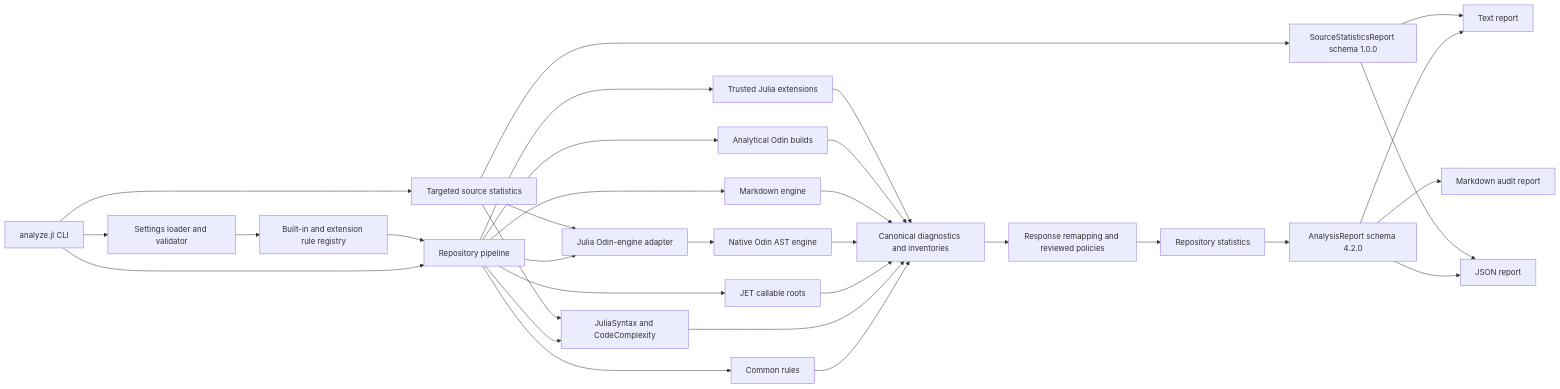
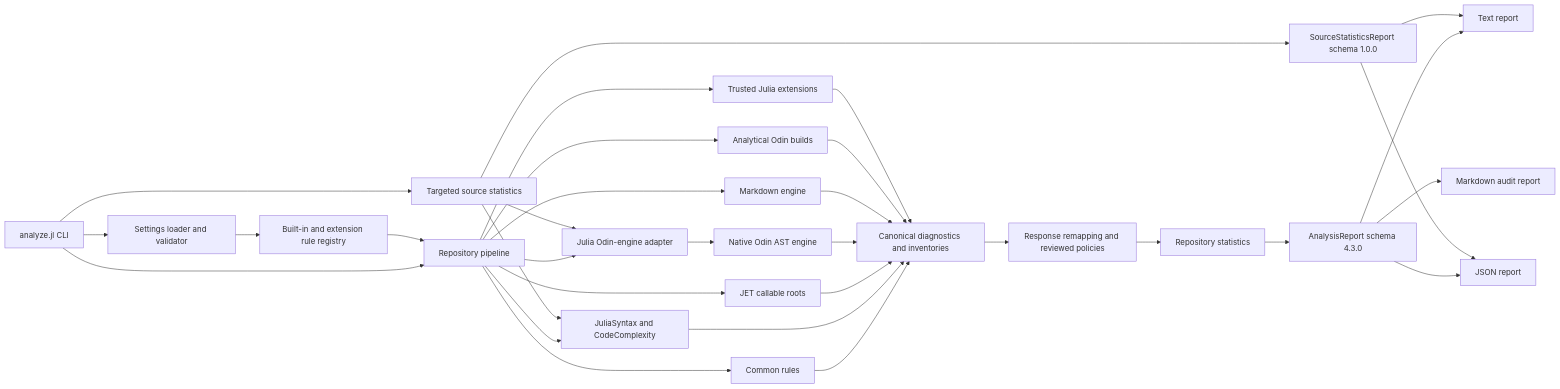
The first of 4 diagrams in README.md (derekshoneycutt/OdinJuliaAnalysis), drawn with Mermaid before and after one commit. The commit also changed other lines of this file and 20 other files, not shown here.

````diff
--- a/README.md
+++ b/README.md
@@ -182,37 +182,37 @@
 ```mermaid
 flowchart LR
     CLI[analyze.jl CLI] --> Settings[Settings loader and validator]
     CLI --> Pipeline[Repository pipeline]
   CLI --> LocalStats[Targeted source statistics]
     Settings --> Registry[Built-in and extension rule registry]
     Registry --> Pipeline
 
     Pipeline --> Common[Common rules]
     Pipeline --> Julia[JuliaSyntax and CodeComplexity]
     Pipeline --> JET[JET callable roots]
     Pipeline --> OdinBridge[Julia Odin-engine adapter]
     LocalStats --> Julia
     LocalStats --> OdinBridge
     OdinBridge --> OdinNative[Native Odin AST engine]
     Pipeline --> Markdown[Markdown engine]
     Pipeline --> Builds[Analytical Odin builds]
     Pipeline --> Extensions[Trusted Julia extensions]
 
     Common --> Model[Canonical diagnostics and inventories]
     Julia --> Model
     JET --> Model
     OdinNative --> Model
     Markdown --> Model
     Builds --> Model
     Extensions --> Model
 
     Model --> Policy[Response remapping and reviewed policies]
     Policy --> Statistics[Repository statistics]
-    Statistics --> Report[AnalysisReport schema 4.2.0]
+    Statistics --> Report[AnalysisReport schema 4.3.0]
     LocalStats --> StatsReport[SourceStatisticsReport schema 1.0.0]
     Report --> Text[Text report]
     Report --> JSON[JSON report]
     Report --> MD[Markdown audit report]
     StatsReport --> Text
     StatsReport --> JSON
 ```
````
